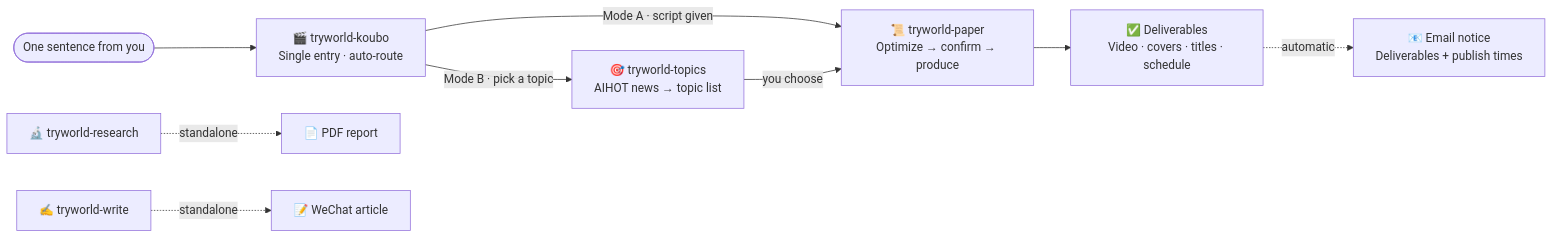
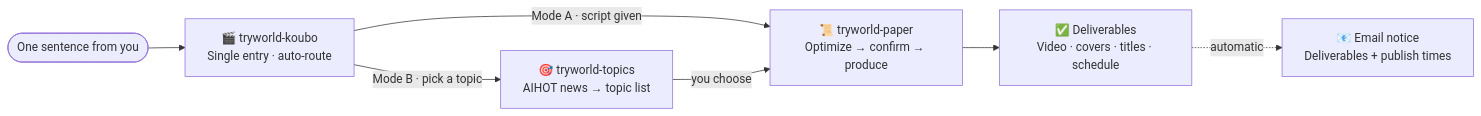
The diagram in README.md (TryWorld2026/paper-algorithm), drawn with Mermaid before and after one commit. The commit also changed other lines of this file and 7 other files, not shown here.

First line of the commit message:
裁剪仓库：仅保留 koubo/paper/topics 三个技能，移除 research 与 write

````diff
--- a/README.md
+++ b/README.md
@@ -97,11 +80,9 @@
 ```mermaid
 flowchart LR
     U(["One sentence from you"]) --> P["🎬 tryworld-koubo<br/>Single entry · auto-route"]
     P -- "Mode A · script given" --> A["📜 tryworld-paper<br/>Optimize → confirm → produce"]
     P -- "Mode B · pick a topic" --> S["🎯 tryworld-topics<br/>AIHOT news → topic list"]
     S -- "you choose" --> A
     A --> O["✅ Deliverables<br/>Video · covers · titles · schedule"]
     O -. "automatic" .-> M["📧 Email notice<br/>Deliverables + publish times"]
-    H["🔬 tryworld-research"] -. "standalone" .-> R["📄 PDF report"]
-    W["✍️ tryworld-write"] -. "standalone" .-> C["📝 WeChat article"]
 ```
````
